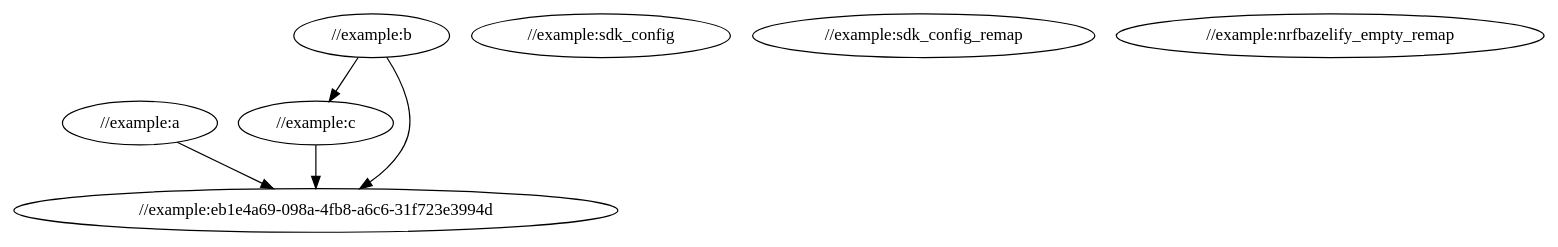
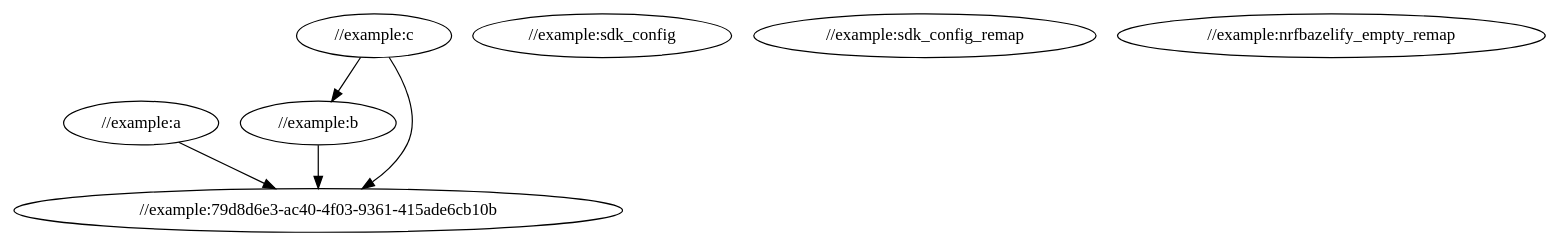
Before and after one commit to Michaelhobo/nrfbazel: the diagram in example/depgraph.dot, drawn with Graphviz. The commit also changed 10 other files, not shown here.

```diff
--- a/example/depgraph.dot
+++ b/example/depgraph.dot
@@ -1,16 +1,16 @@
 strict digraph Dependencies {
 // Node definitions.
 "//example:a";
 "//example:b";
 "//example:c";
 "//example:sdk_config";
 "//example:sdk_config_remap";
 "//example:nrfbazelify_empty_remap";
-"//example:eb1e4a69-098a-4fb8-a6c6-31f723e3994d";
+"//example:79d8d6e3-ac40-4f03-9361-415ade6cb10b";
 
 // Edge definitions.
-"//example:a" -> "//example:eb1e4a69-098a-4fb8-a6c6-31f723e3994d";
-"//example:b" -> "//example:c";
-"//example:b" -> "//example:eb1e4a69-098a-4fb8-a6c6-31f723e3994d";
-"//example:c" -> "//example:eb1e4a69-098a-4fb8-a6c6-31f723e3994d";
+"//example:a" -> "//example:79d8d6e3-ac40-4f03-9361-415ade6cb10b";
+"//example:b" -> "//example:79d8d6e3-ac40-4f03-9361-415ade6cb10b";
+"//example:c" -> "//example:b";
+"//example:c" -> "//example:79d8d6e3-ac40-4f03-9361-415ade6cb10b";
 }
```
